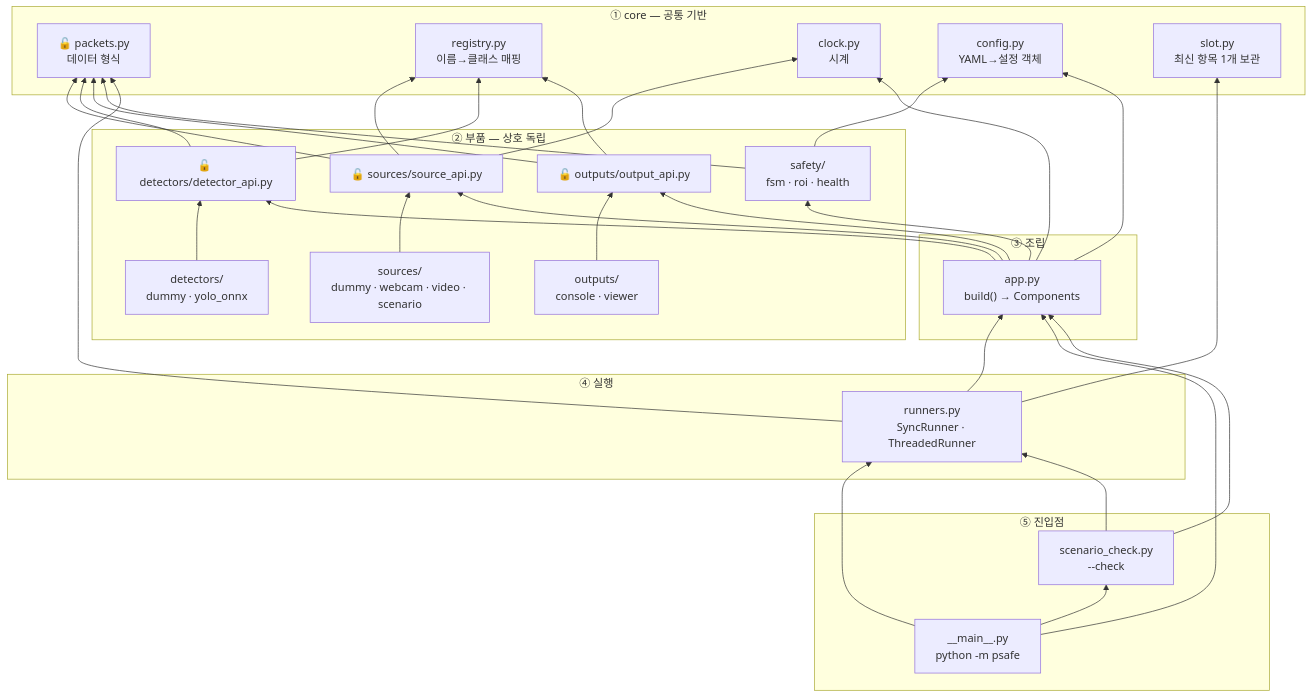
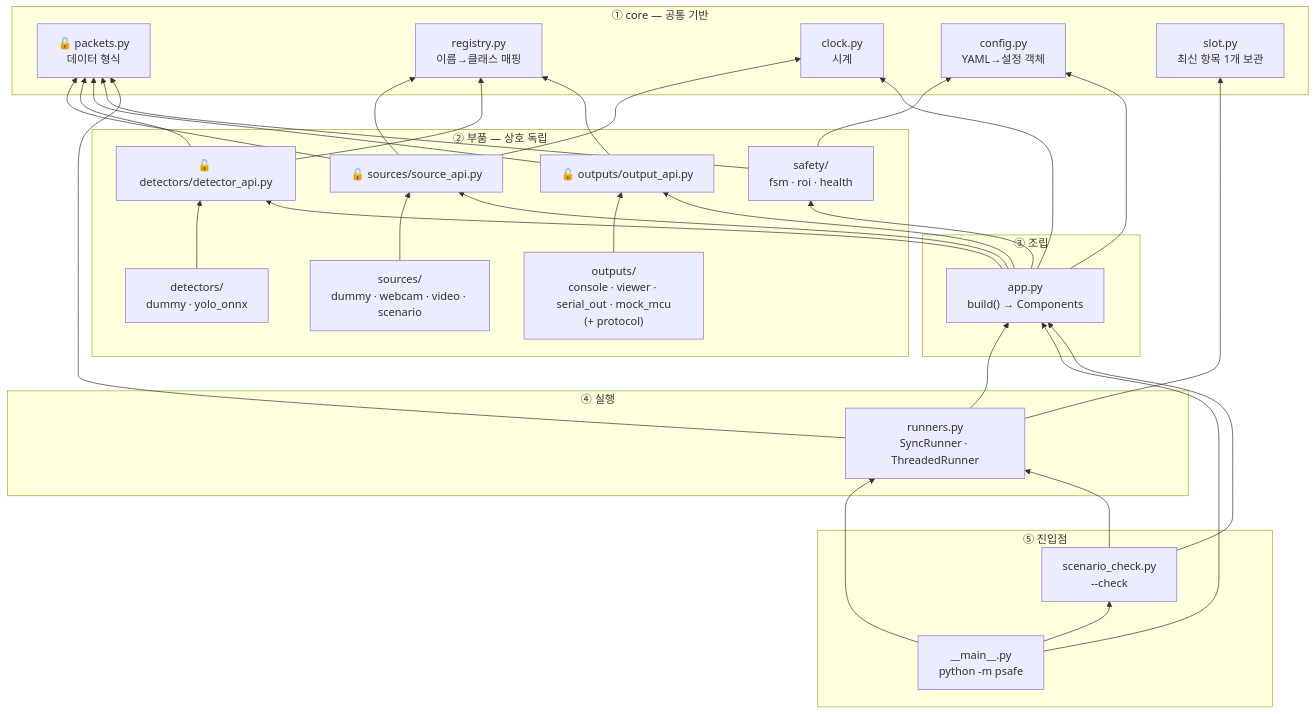
The second of 7 diagrams in docs/CODE_GUIDE.md (largeblueberry/MockOndeviceProject), drawn with Mermaid before and after one commit. The commit also changed other lines of this file and 14 other files, not shown here.

````diff
--- a/docs/CODE_GUIDE.md
+++ b/docs/CODE_GUIDE.md
@@ -51,46 +51,46 @@
 ```mermaid
 flowchart BT
     subgraph L0["① core — 공통 기반"]
         packets["🔓 packets.py<br/>데이터 형식"]
         registry["registry.py<br/>이름→클래스 매핑"]
         clock["clock.py<br/>시계"]
         config["config.py<br/>YAML→설정 객체"]
         slot["slot.py<br/>최신 항목 1개 보관"]
     end
 
     subgraph L1["② 부품 — 상호 독립"]
         sbase["🔓 sources/source_api.py"]
         mbase["🔓 detectors/detector_api.py"]
         obase["🔓 outputs/output_api.py"]
         fsmpkg["safety/<br/>fsm · roi · health"]
         simpl["sources/<br/>dummy · webcam · video · scenario"]
         mimpl["detectors/<br/>dummy · yolo_onnx"]
-        oimpl["outputs/<br/>console · viewer"]
+        oimpl["outputs/<br/>console · viewer · serial_out · mock_mcu<br/>(+ protocol)"]
     end
 
     subgraph L2["③ 조립"]
         app["app.py<br/>build() → Components"]
     end
 
     subgraph L3["④ 실행"]
         runners["runners.py<br/>SyncRunner · ThreadedRunner"]
     end
 
     subgraph L4["⑤ 진입점"]
         main["__main__.py<br/>python -m psafe"]
         scheck["scenario_check.py<br/>--check"]
     end
 
     sbase --> packets & registry & clock
     mbase --> packets & registry
     obase --> packets & registry
     fsmpkg --> packets & config
     simpl --> sbase
     mimpl --> mbase
     oimpl --> obase
 
     app --> config & clock & sbase & mbase & obase & fsmpkg
     runners --> app & slot & packets
     main --> app & runners & scheck
     scheck --> app & runners
 ```
````
